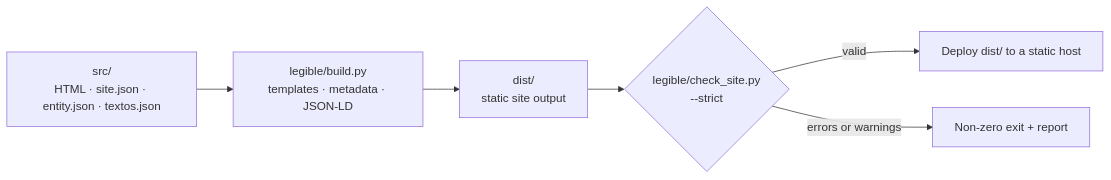
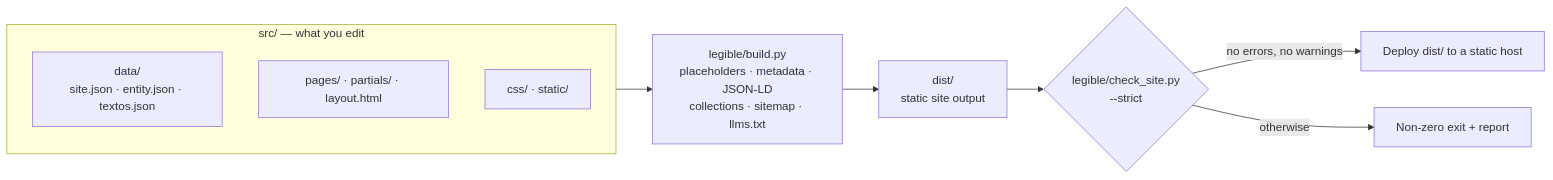
One commit to angelmaturana/legible changed the diagram in README.md. Above: the diagram before and after it, drawn with Mermaid. The commit also changed other lines of this file and 7 other files, not shown here.

````diff
--- a/README.md
+++ b/README.md
@@ -198,8 +298,13 @@
 ```mermaid
 flowchart LR
-    A["src/<br/>HTML · site.json · entity.json · textos.json"] --> B["legible/build.py<br/>templates · metadata · JSON-LD"]
+    subgraph SRC["src/ — what you edit"]
+        D["data/<br/>site.json · entity.json · textos.json"]
+        P["pages/ · partials/ · layout.html"]
+        S["css/ · static/"]
+    end
+    SRC --> B["legible/build.py<br/>placeholders · metadata · JSON-LD<br/>collections · sitemap · llms.txt"]
     B --> C["dist/<br/>static site output"]
-    C --> D{"legible/check_site.py<br/>--strict"}
-    D -- valid --> E["Deploy dist/ to a static host"]
-    D -- errors or warnings --> F["Non-zero exit + report"]
+    C --> V{"legible/check_site.py<br/>--strict"}
+    V -- "no errors, no warnings" --> E["Deploy dist/ to a static host"]
+    V -- "otherwise" --> F["Non-zero exit + report"]
 ```
````
